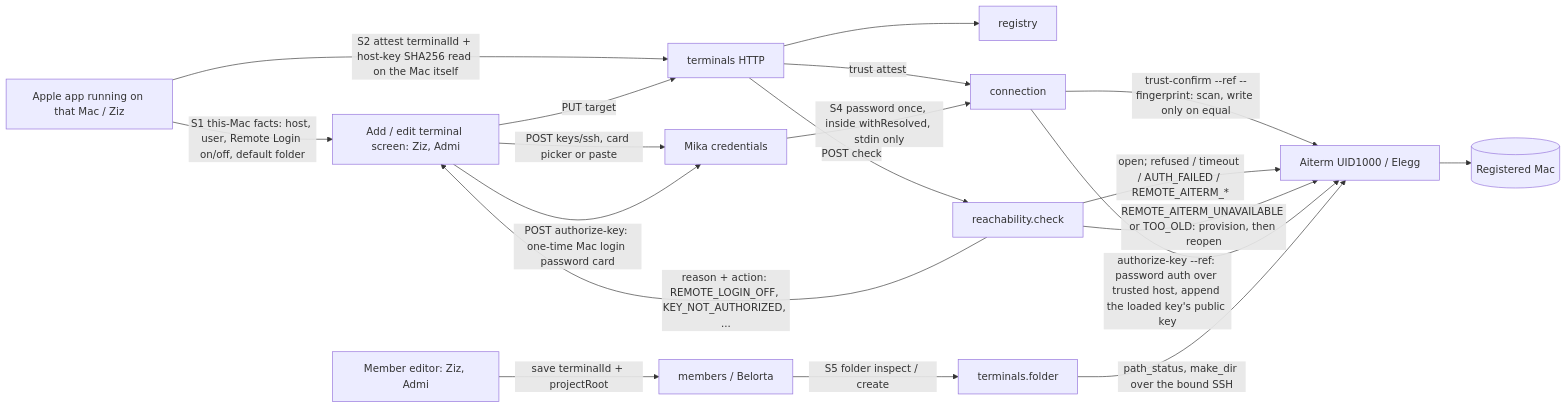
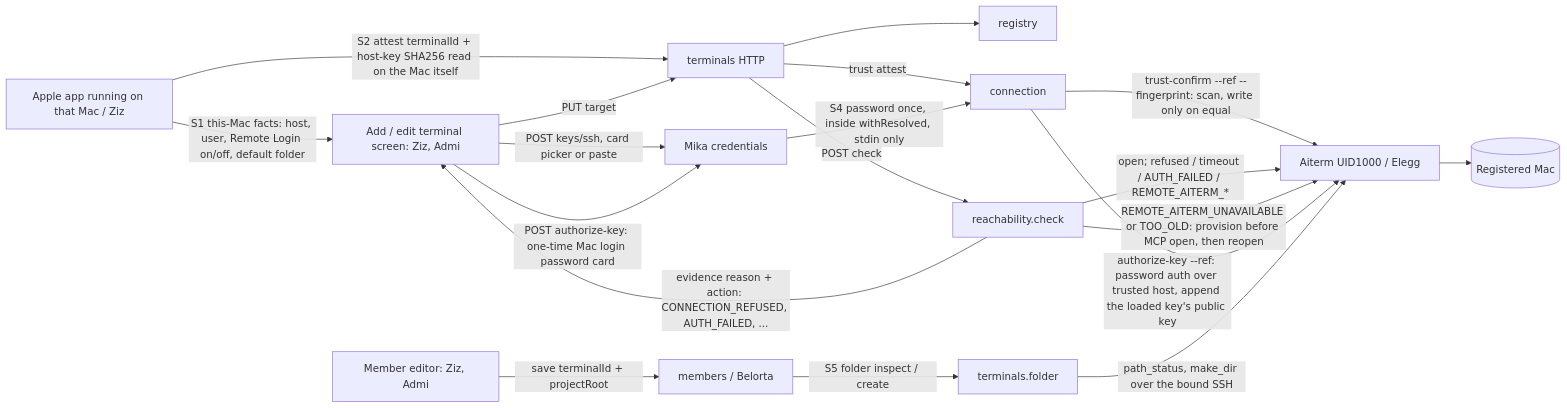
One commit to kitepon/BellTeam changed the seventh of 7 diagrams in docs/architecture/modules/terminals/README.md. Above: the diagram before and after it, drawn with Mermaid. The commit also changed other lines of this file, not shown here.

````diff
--- a/docs/architecture/modules/terminals/README.md
+++ b/docs/architecture/modules/terminals/README.md
@@ -284,21 +284,21 @@
 ```mermaid
 flowchart LR
   MacApp[Apple app running on that Mac / Ziz] -->|S1 this-Mac facts: host, user, Remote Login on/off, default folder| Form[Add / edit terminal screen: Ziz, Admi]
   MacApp -->|S2 attest terminalId + host-key SHA256 read on the Mac itself| H[terminals HTTP]
   Form -->|PUT target| H
   H --> Reg[registry]
   H -->|trust attest| Conn[connection]
   Conn -->|trust-confirm --ref --fingerprint: scan, write only on equal| A[Aiterm UID1000 / Elegg]
   Form -->|POST keys/ssh, card picker or paste| Mika[Mika credentials]
   H -->|POST check| Chk[reachability.check]
   Chk -->|open; refused / timeout / AUTH_FAILED / REMOTE_AITERM_*| A
-  Chk -->|REMOTE_AITERM_UNAVAILABLE or TOO_OLD: provision, then reopen| A
-  Chk -->|reason + action: REMOTE_LOGIN_OFF, KEY_NOT_AUTHORIZED, ...| Form
+  Chk -->|REMOTE_AITERM_UNAVAILABLE or TOO_OLD: provision before MCP open, then reopen| A
+  Chk -->|evidence reason + action: CONNECTION_REFUSED, AUTH_FAILED, ...| Form
   Form -->|POST authorize-key: one-time Mac login password card| Mika
   Mika -->|S4 password once, inside withResolved, stdin only| Conn
   Conn -->|authorize-key --ref: password auth over trusted host, append the loaded key's public key| A
   Editor[Member editor: Ziz, Admi] -->|save terminalId + projectRoot| Mem[members / Belorta]
   Mem -->|S5 folder inspect / create| Fold[terminals.folder]
   Fold -->|path_status, make_dir over the bound SSH| A
   A --> Mac[(Registered Mac)]
 ```
````
